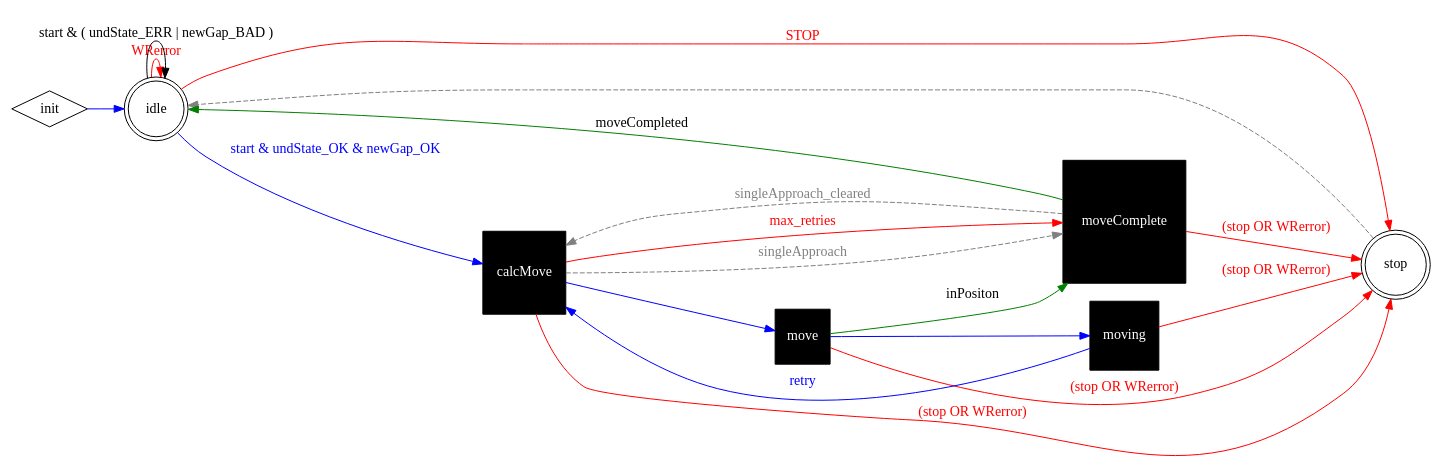
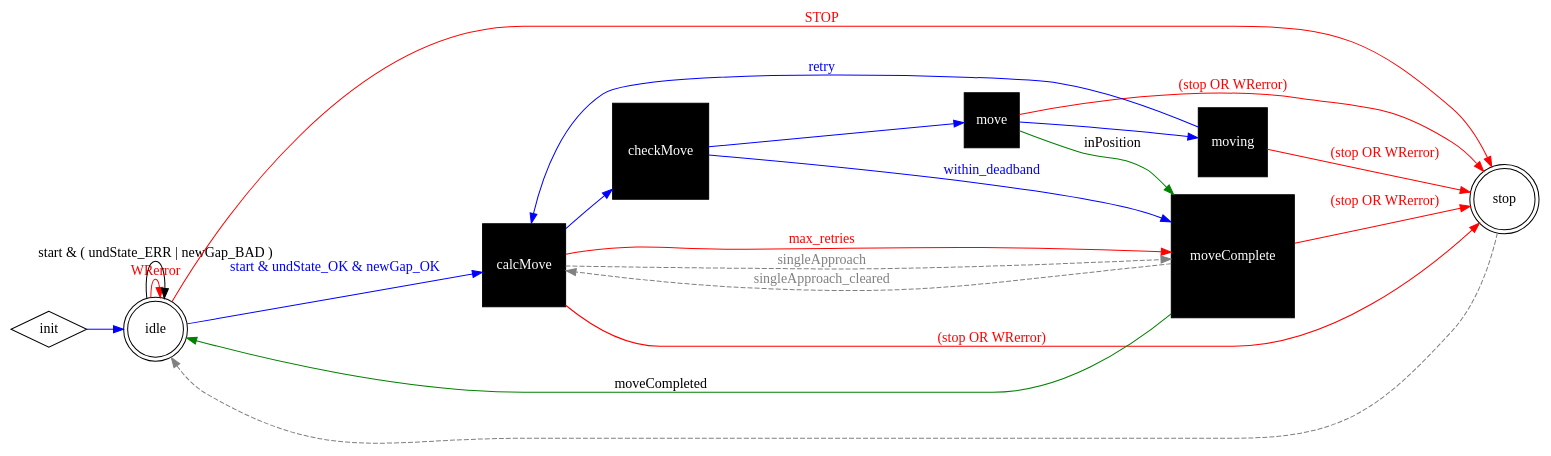
Before and after one commit to klauer/hgvpu: the diagram in ucmApp/src/setGapSequenceDiagram.dot, drawn with Graphviz.

Commit message:
Update diagram for checkMove

```diff
--- a/ucmApp/src/setGapSequenceDiagram.dot
+++ b/ucmApp/src/setGapSequenceDiagram.dot
@@ -1,32 +1,35 @@
 digraph setGapp_stateMachine {
   rankdir=LR;
   node [shape = diamond ]; init;
   node [shape = doublecircle ]; idle stop;
   node [shape = square, style=filled, color=black, fontcolor=white ];
   splines=spline
 
   init -> idle[ color=blue, fontcolor=blue ];
 
   idle -> idle[ label = "WRerror", color=red, fontcolor=red ];
   idle -> stop [ label = "STOP", color=red, fontcolor=red ];
   idle -> idle [ label = "start & ( undState_ERR | newGap_BAD )" ];
   idle -> calcMove [ label = "start & undState_OK & newGap_OK", color=blue, fontcolor=blue ];
 
   calcMove -> stop [ label = "(stop OR WRerror)", color=red, fontcolor=red ];
   calcMove -> moveComplete [ label = "max_retries", color=red, fontcolor=red ];
   calcMove -> moveComplete [ label = "singleApproach", color=gray, fontcolor=gray, style=dashed ];
-  calcMove -> move [ color=blue, fontcolor=blue ];
+  calcMove -> checkMove [ color=blue, fontcolor=blue ];
+
+  checkMove -> moveComplete [ label="within_deadband", color=blue, fontcolor=blue ];
+  checkMove -> move [ color=blue, fontcolor=blue ];
 
   move -> stop [ label = "(stop OR WRerror)", color=red, fontcolor=red ];
-  move -> moveComplete [ label = "inPositon", color=green ];
+  move -> moveComplete [ label = "inPosition", color=green ];
   move -> moving [ color=blue, fontcolor=blue ];
 
   moving -> stop [ label = "(stop OR WRerror)", color=red, fontcolor=red ];
   moving -> calcMove [ label = "retry", color=blue, fontcolor=blue ];
 
   moveComplete -> stop [ label = "(stop OR WRerror)", color=red, fontcolor=red ];
   moveComplete -> calcMove [ label = "singleApproach_cleared", color=gray, fontcolor=gray, style=dashed ];
   moveComplete -> idle [ label = "moveCompleted", color=green ];
 
   stop -> idle [ color=gray, style=dashed ];
 }
```
